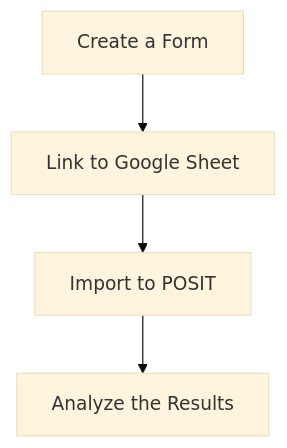
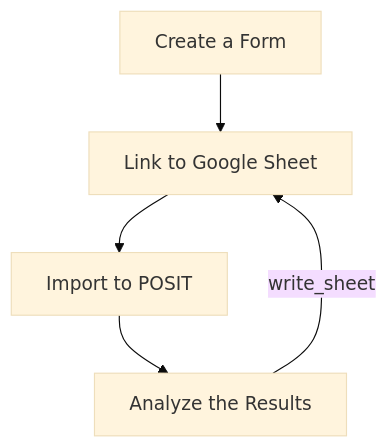
The diagram in Lecture-notes/appendix-google-form-sheets.md (tpemartin/113-1-R), drawn with Mermaid (base theme) before and after one commit. The commit also changed other lines of this file, not shown here.

````diff
--- a/Lecture-notes/appendix-google-form-sheets.md
+++ b/Lecture-notes/appendix-google-form-sheets.md
@@ -3,6 +3,7 @@
 ```mermaid
 flowchart TD
     A[Create a Form] --> B[Link to Google Sheet]
     B --> C[Import to POSIT]
     C --> D[Analyze the Results]
+    D --write_sheet--> B
 ```
````
